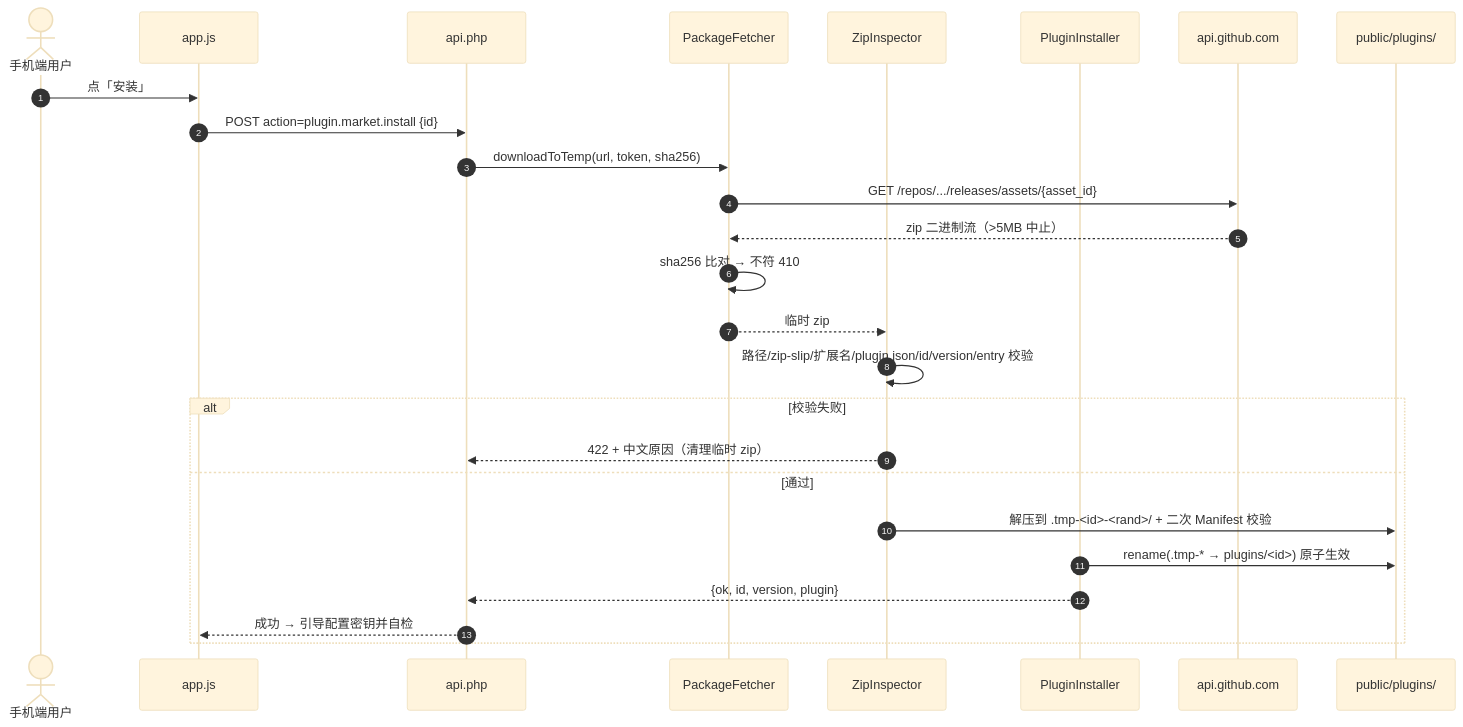
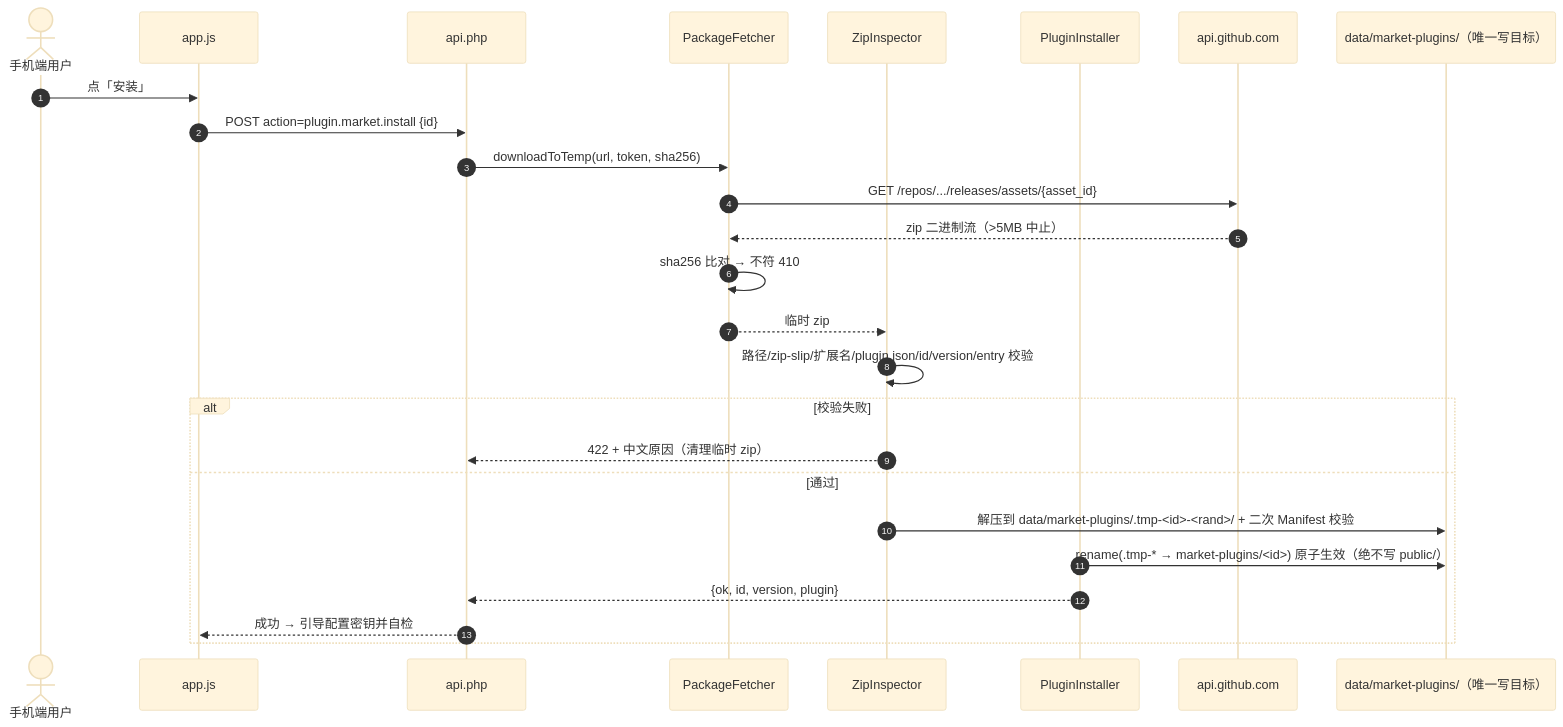
The third of 3 diagrams in docs/打包工作流文档.md (c1as/baogong-system), drawn with Mermaid (base theme) before and after one commit. The commit also changed other lines of this file, not shown here.

````diff
--- a/docs/打包工作流文档.md
+++ b/docs/打包工作流文档.md
@@ -502,29 +504,29 @@
 ```mermaid
 sequenceDiagram
     autonumber
     actor U as 手机端用户
     participant UI as app.js
     participant API as api.php
     participant PF as PackageFetcher
     participant ZI as ZipInspector
     participant PI as PluginInstaller
     participant GH as api.github.com
-    participant FS as public/plugins/
+    participant FS as data/market-plugins/（唯一写目标）
 
     U->>UI: 点「安装」
     UI->>API: POST action=plugin.market.install {id}
     API->>PF: downloadToTemp(url, token, sha256)
     PF->>GH: GET /repos/.../releases/assets/{asset_id}
     GH-->>PF: zip 二进制流（>5MB 中止）
     PF->>PF: sha256 比对 → 不符 410
     PF-->>ZI: 临时 zip
     ZI->>ZI: 路径/zip-slip/扩展名/plugin.json/id/version/entry 校验
     alt 校验失败
         ZI-->>API: 422 + 中文原因（清理临时 zip）
     else 通过
-        ZI->>FS: 解压到 .tmp-<id>-<rand>/ + 二次 Manifest 校验
-        PI->>FS: rename(.tmp-* → plugins/<id>) 原子生效
+        ZI->>FS: 解压到 data/market-plugins/.tmp-<id>-<rand>/ + 二次 Manifest 校验
+        PI->>FS: rename(.tmp-* → market-plugins/<id>) 原子生效（绝不写 public/）
         PI-->>API: {ok, id, version, plugin}
         API-->>UI: 成功 → 引导配置密钥并自检
     end
 ```
````
